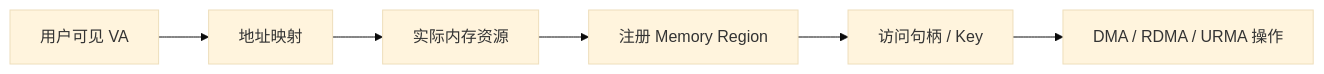
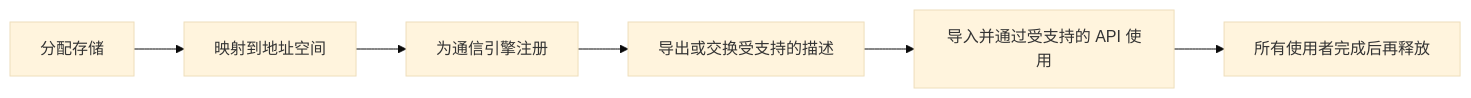
One commit to nbbb24/KeyNotes changed the diagram in docs/zh/infra/memory-addressing.md. Above: the diagram before and after it, drawn with Mermaid (base theme). The commit also changed other lines of this file and 157 other files, not shown here.

````diff
--- a/docs/zh/infra/memory-addressing.md
+++ b/docs/zh/infra/memory-addressing.md
@@ -65,8 +21,8 @@
 ```mermaid
 flowchart LR
-    VA[用户可见 VA] --> MAP[地址映射]
-    MAP --> MEM[实际内存资源]
-    MEM --> REG[注册 Memory Region]
-    REG --> KEY[访问句柄 / Key]
-    KEY --> IO[DMA / RDMA / URMA 操作]
+    A[分配存储] --> B[映射到地址空间]
+    B --> C[为通信引擎注册]
+    C --> D[导出或交换受支持的描述]
+    D --> E[导入并通过受支持的 API 使用]
+    E --> F[所有使用者完成后再释放]
 ```
````
